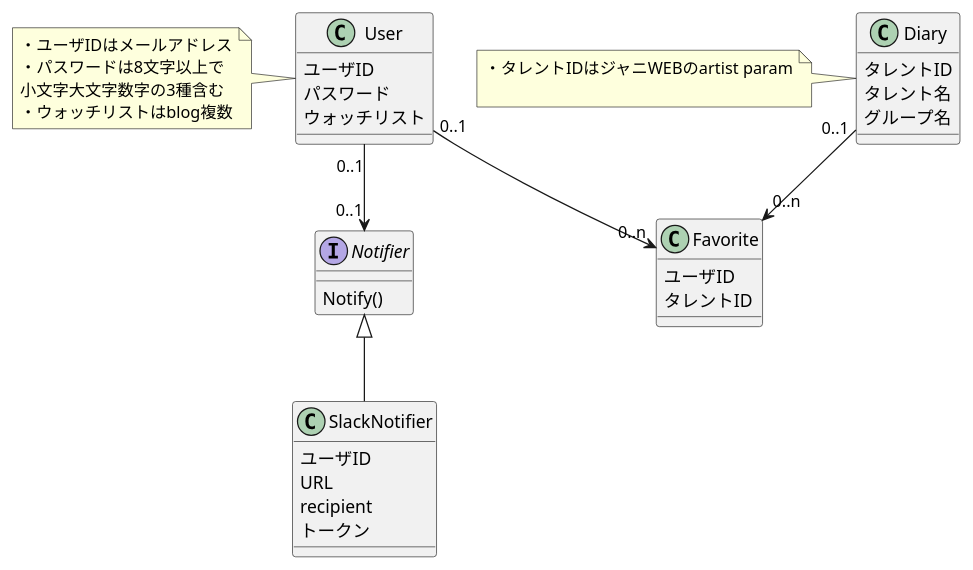
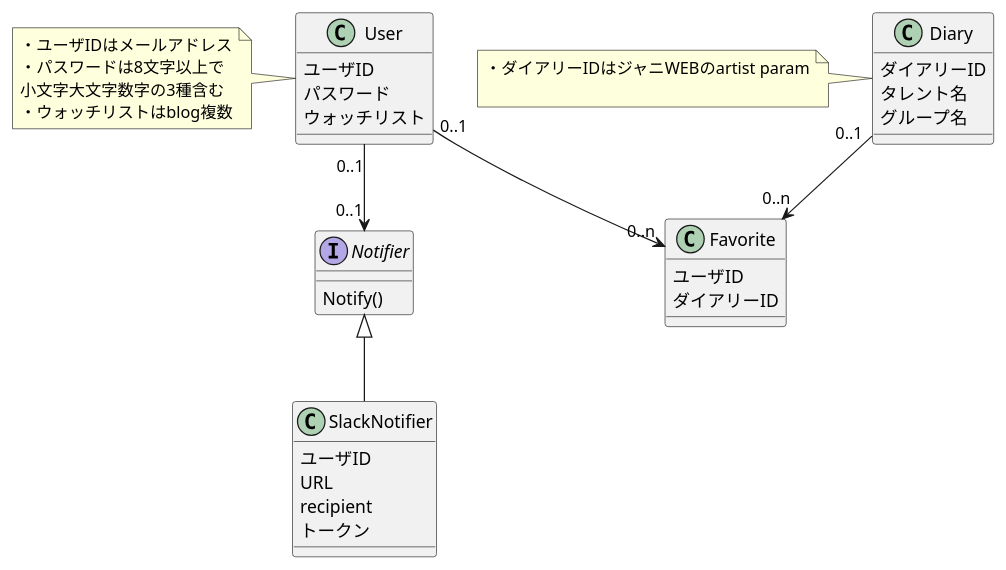
The diagram in model.pu (44smkn/jweb-notifier), drawn with PlantUML before and after one commit.

Commit message:
タレントIDでなくダイアリーIDをユビキタス言語として利用する

```diff
--- a/model.pu
+++ b/model.pu
@@ -1,36 +1,36 @@
 @startuml jweb-notifier
 class User {
     ユーザID
     パスワード
     ウォッチリスト
 }
 note left: ・ユーザIDはメールアドレス\n・パスワードは8文字以上で\n小文字大文字数字の3種含む\n・ウォッチリストはblog複数
 
 class Diary {
-    タレントID
+    ダイアリーID
     タレント名
     グループ名
 }
-note left: ・タレントIDはジャニWEBのartist param\n
+note left: ・ダイアリーIDはジャニWEBのartist param\n
 
 class Favorite {
     ユーザID
-    タレントID
+    ダイアリーID
 }
 
 interface Notifier {
     Notify()
 }
 
 class SlackNotifier {
     ユーザID
     URL
     recipient
     トークン
 }
 
 User "0..1" --> "0..n" Favorite
 Diary "0..1" --> "0..n" Favorite
 User "0..1" --> "0..1" Notifier
 Notifier <|-- SlackNotifier
 @enduml
```
